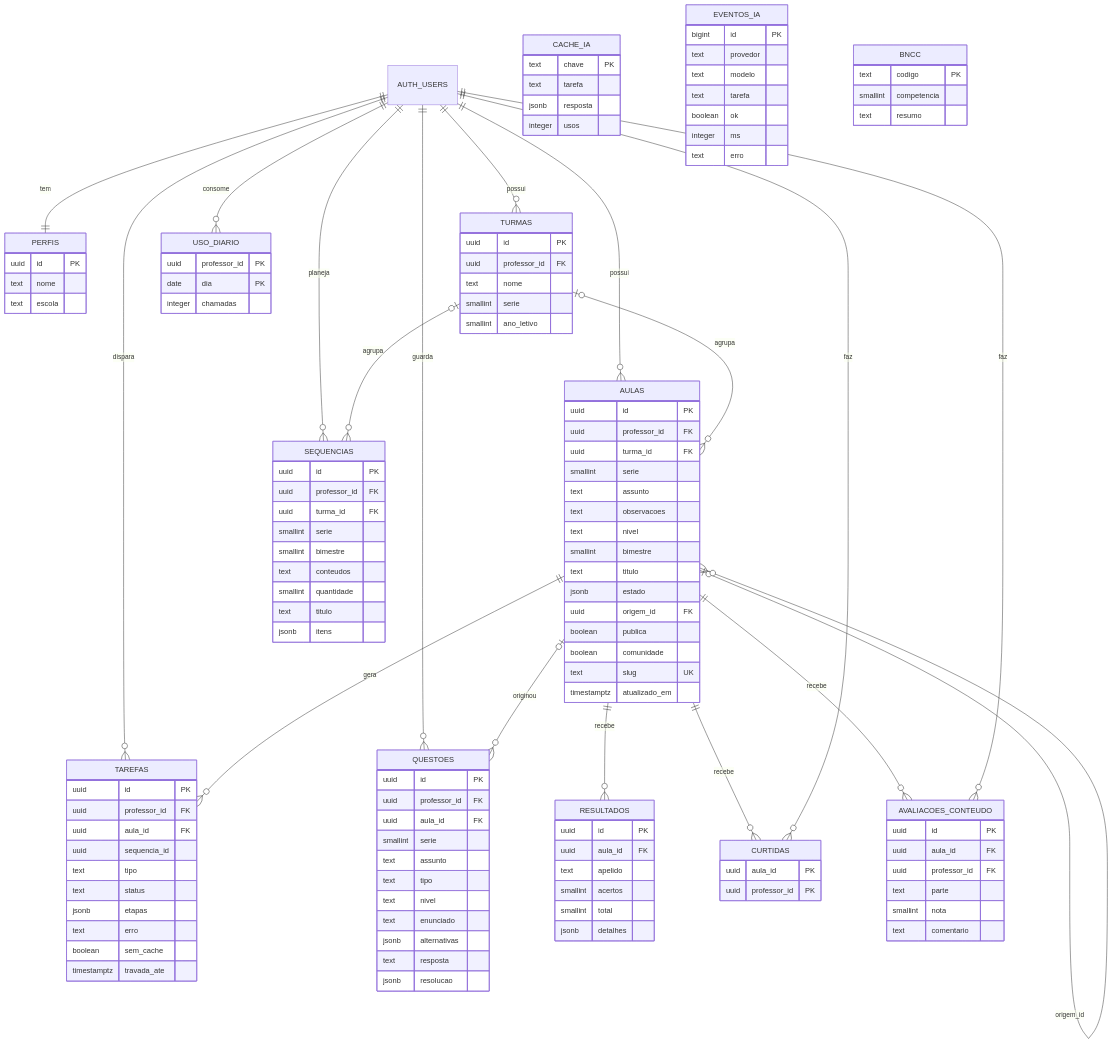
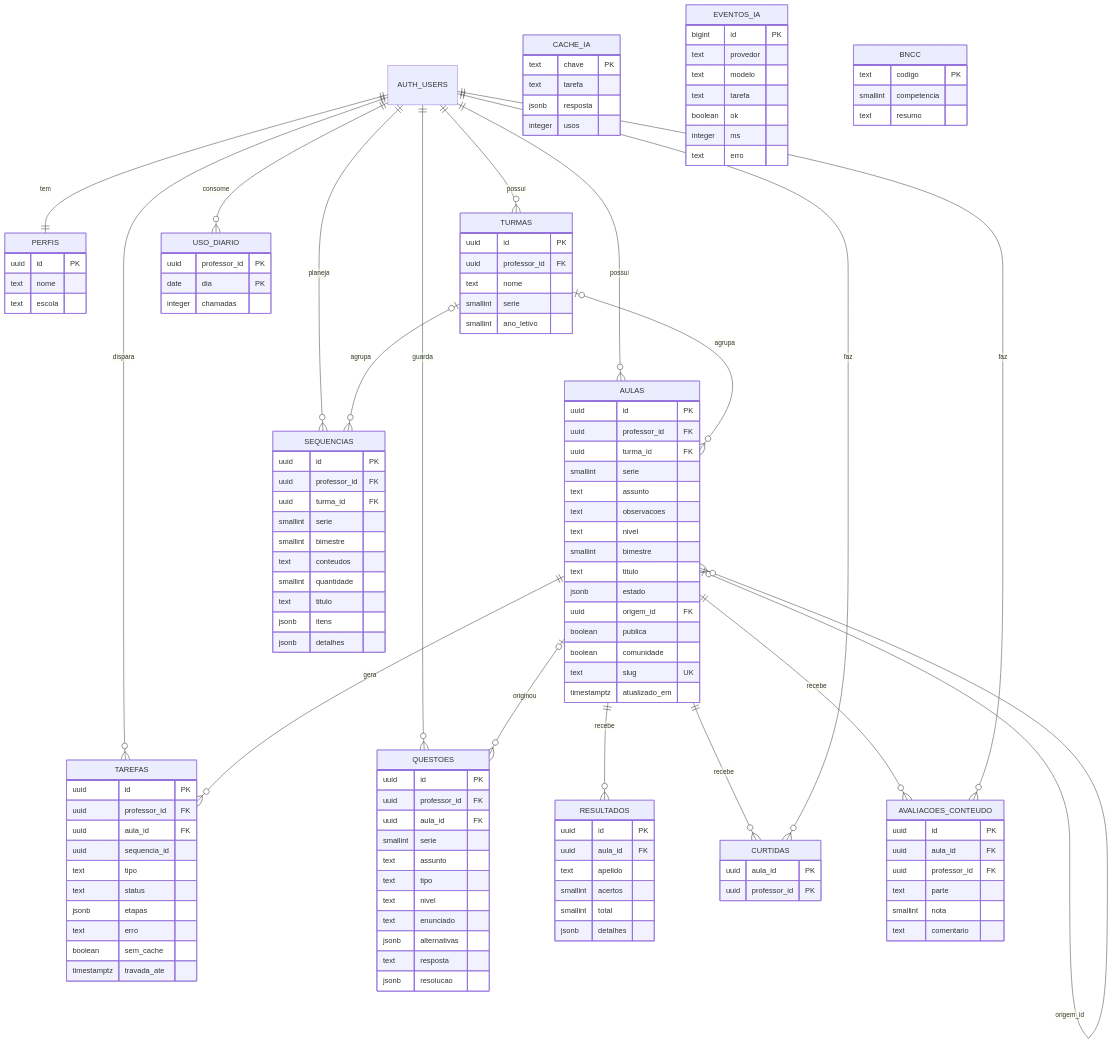
The third of 3 diagrams in docs/FLUXO_DADOS.md (supp3rdan/Proff), drawn with Mermaid before and after one commit. The commit also changed other lines of this file and 21 other files, not shown here.

```diff
--- a/docs/FLUXO_DADOS.md
+++ b/docs/FLUXO_DADOS.md
@@ -178,6 +178,7 @@
     smallint quantidade
     text titulo
     jsonb itens
+    jsonb detalhes
   }
   RESULTADOS {
     uuid id PK
```
